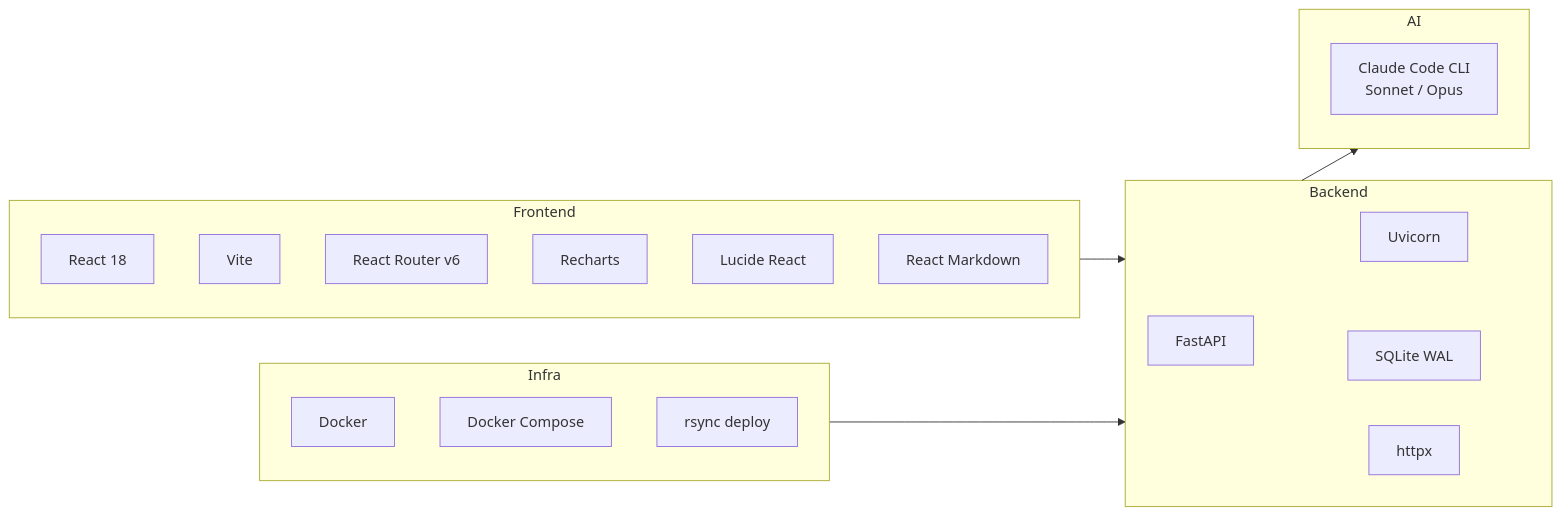
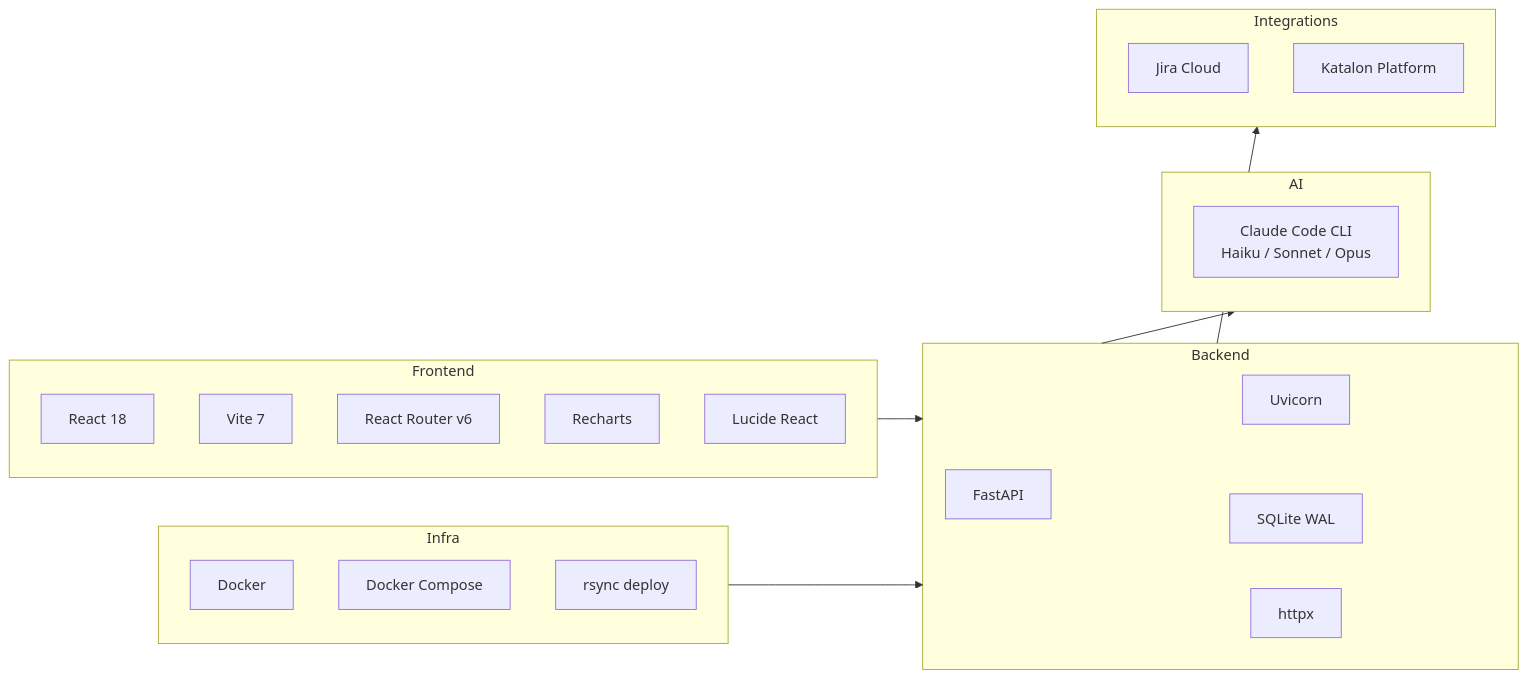
One commit to duonghaijoe/eval-kai changed diagram 20 of 20 in docs/ARCHITECTURE.md. Above: the diagram before and after it, drawn with Mermaid. The commit also changed other lines of this file and 22 other files, not shown here.

````diff
--- a/docs/ARCHITECTURE.md
+++ b/docs/ARCHITECTURE.md
@@ -764,32 +1098,37 @@
 ```mermaid
 graph LR
     subgraph Frontend
         REACT[React 18]
-        VITE[Vite]
+        VITE[Vite 7]
         RR[React Router v6]
         RC[Recharts]
         LR[Lucide React]
-        RM[React Markdown]
     end
 
     subgraph Backend
         FAST[FastAPI]
         UVICORN[Uvicorn]
         SQLITE[SQLite WAL]
         HTTPX[httpx]
     end
 
     subgraph AI
-        CLAUDE[Claude Code CLI<br/>Sonnet / Opus]
+        CLAUDE[Claude Code CLI<br/>Haiku / Sonnet / Opus]
+    end
+
+    subgraph Integrations
+        JIRA_I[Jira Cloud]
+        PLATFORM_I[Katalon Platform]
     end
 
     subgraph Infra
         DOCKER[Docker]
         COMPOSE[Docker Compose]
         RSYNC[rsync deploy]
     end
 
     Frontend --> Backend --> AI
     Backend --> SQLITE
+    Backend --> Integrations
     Infra --> Backend
 ```
````
